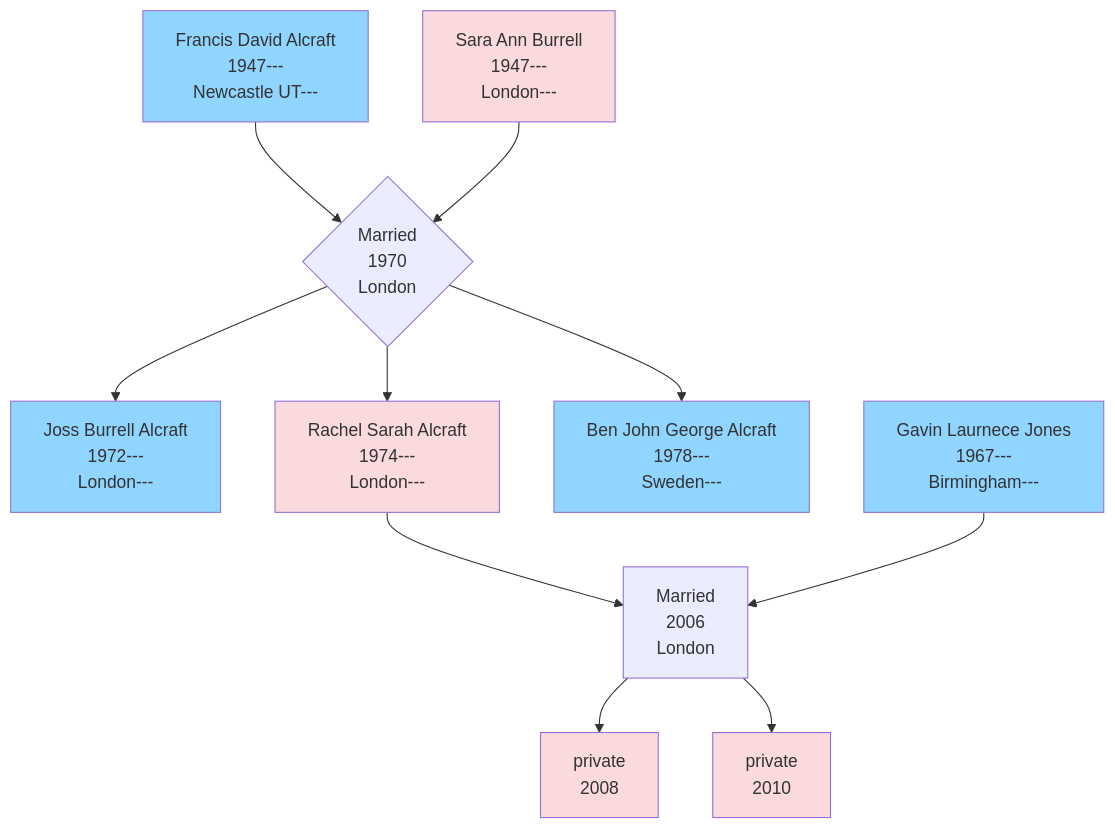
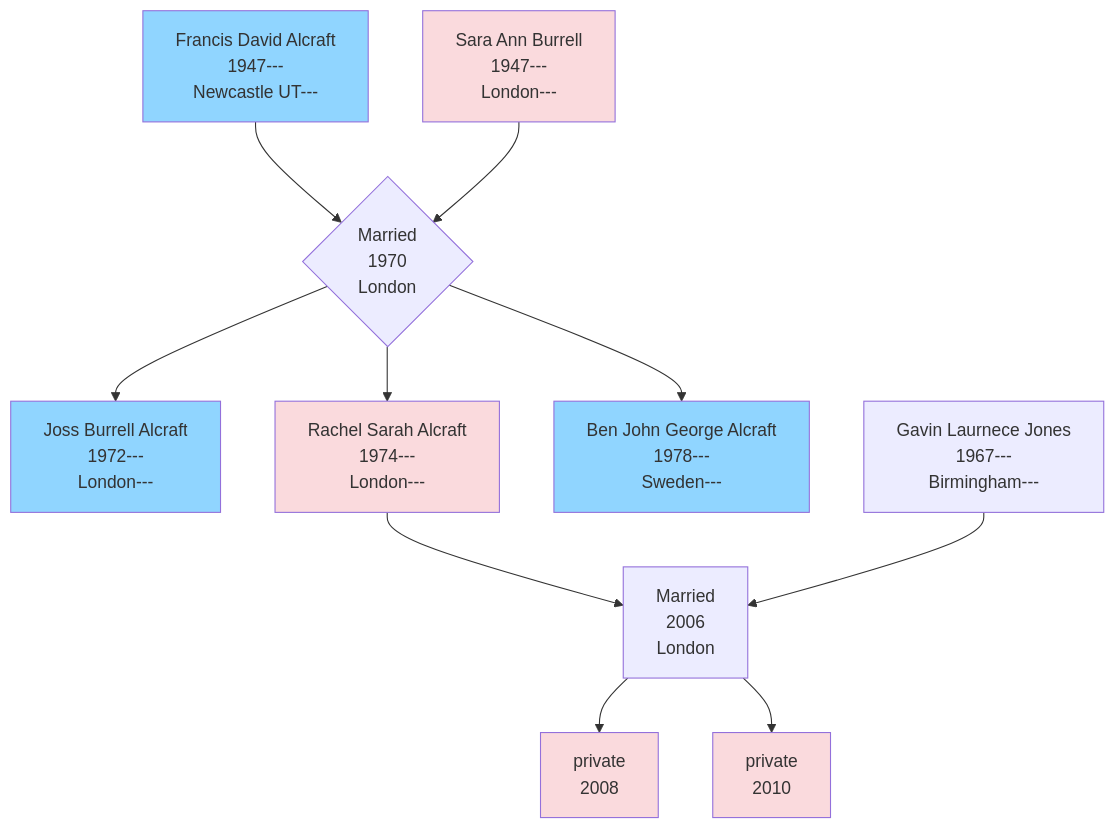
The diagram in docs/alcraft_1974_rachel.md (RachelAlcraft/family-tree), drawn with Mermaid before and after one commit.

````diff
--- a/docs/alcraft_1974_rachel.md
+++ b/docs/alcraft_1974_rachel.md
@@ -2,33 +2,32 @@
 ``` mermaid
 flowchart TD  
 FDA[Francis David Alcraft\n1947---\nNewcastle UT---];
 SAB[Sara Ann Burrell\n1947---\nLondon---];
 JBA[Joss Burrell Alcraft\n1972---\nLondon---];
 RSA[Rachel Sarah Alcraft\n1974---\nLondon---];
 BJGA[Ben John George Alcraft\n1978---\nSweden---];
 GLJ[Gavin Laurnece Jones\n1967---\nBirmingham---];
 MAAJ[private\n2008];
 VGAJ[private\n2010];
 
 FDA --> FDASAB{Married\n1970\nLondon};
 SAB --> FDASAB;
 FDASAB --> JBA;
 FDASAB --> RSA;
 FDASAB --> BJGA;
 
 RSA --> RSAGLJ[Married\n2006\nLondon];
 GLJ --> RSAGLJ;
 RSAGLJ --> MAAJ;
 RSAGLJ --> VGAJ;
 
 style FDA fill:#90d5ff;
 style SAB fill:#FADADD;
 style JBA fill:#90d5ff;
 style RSA fill:#FADADD;
 style BJGA fill:#90d5ff;
-style GLJ fill:#90d5ff;
 style MAAJ fill:#FADADD;
 style VGAJ fill:#FADADD;
 
 click FDA "https://www.thenorthernecho.co.uk/history/8857492.dukes-piper/" "WA";
 ```
````
